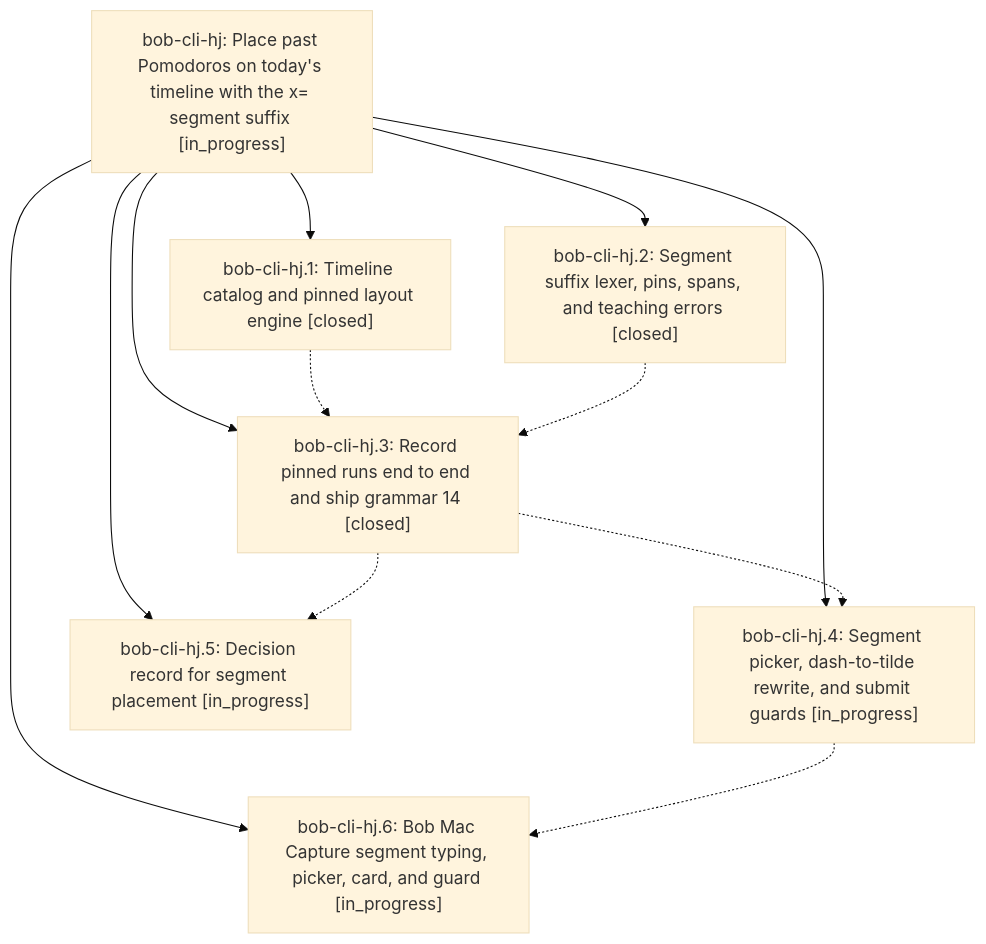
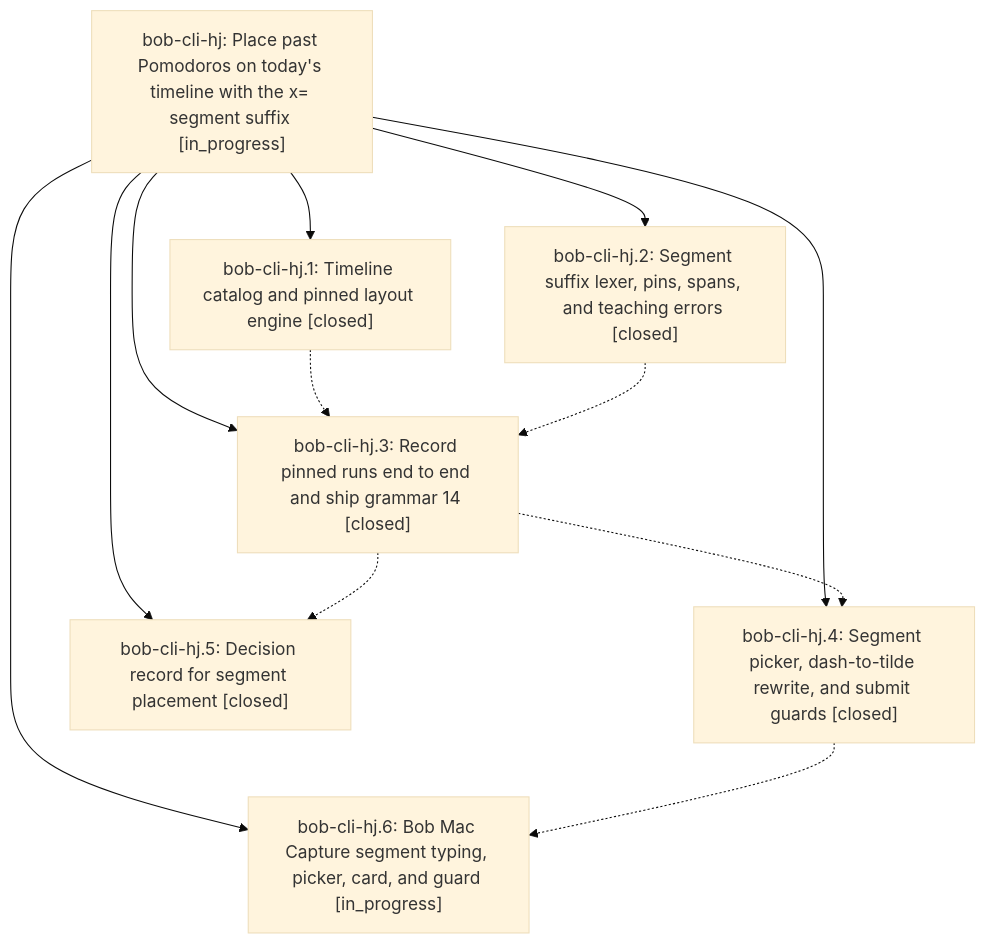
One commit to bobs-org/bob-cli--beads changed the diagram in pages/bob-cli-hj/README.md. Above: the diagram before and after it, drawn with Mermaid (base theme). The commit also changed other lines of this file and 4 other files, not shown here.

First line of the commit message:
chore(beads): sync bead state and pages for bob-cli-hj

````diff
--- a/pages/bob-cli-hj/README.md
+++ b/pages/bob-cli-hj/README.md
@@ -39,21 +41,21 @@
 ```mermaid
 flowchart TD
     n0["bob-cli-hj: Place past Pomodoros on today's timeline with the x= segment suffix [in_progress]"]
     n1["bob-cli-hj.1: Timeline catalog and pinned layout engine [closed]"]
     n2["bob-cli-hj.2: Segment suffix lexer, pins, spans, and teaching errors [closed]"]
     n3["bob-cli-hj.3: Record pinned runs end to end and ship grammar 14 [closed]"]
-    n4["bob-cli-hj.4: Segment picker, dash-to-tilde rewrite, and submit guards [in_progress]"]
-    n5["bob-cli-hj.5: Decision record for segment placement [in_progress]"]
+    n4["bob-cli-hj.4: Segment picker, dash-to-tilde rewrite, and submit guards [closed]"]
+    n5["bob-cli-hj.5: Decision record for segment placement [closed]"]
     n6["bob-cli-hj.6: Bob Mac Capture segment typing, picker, card, and guard [in_progress]"]
     n0 --> n1
     n0 --> n2
     n0 --> n3
     n0 --> n4
     n0 --> n5
     n0 --> n6
     n1 -.-> n3
     n2 -.-> n3
     n3 -.-> n4
     n3 -.-> n5
     n4 -.-> n6
 ```
````
